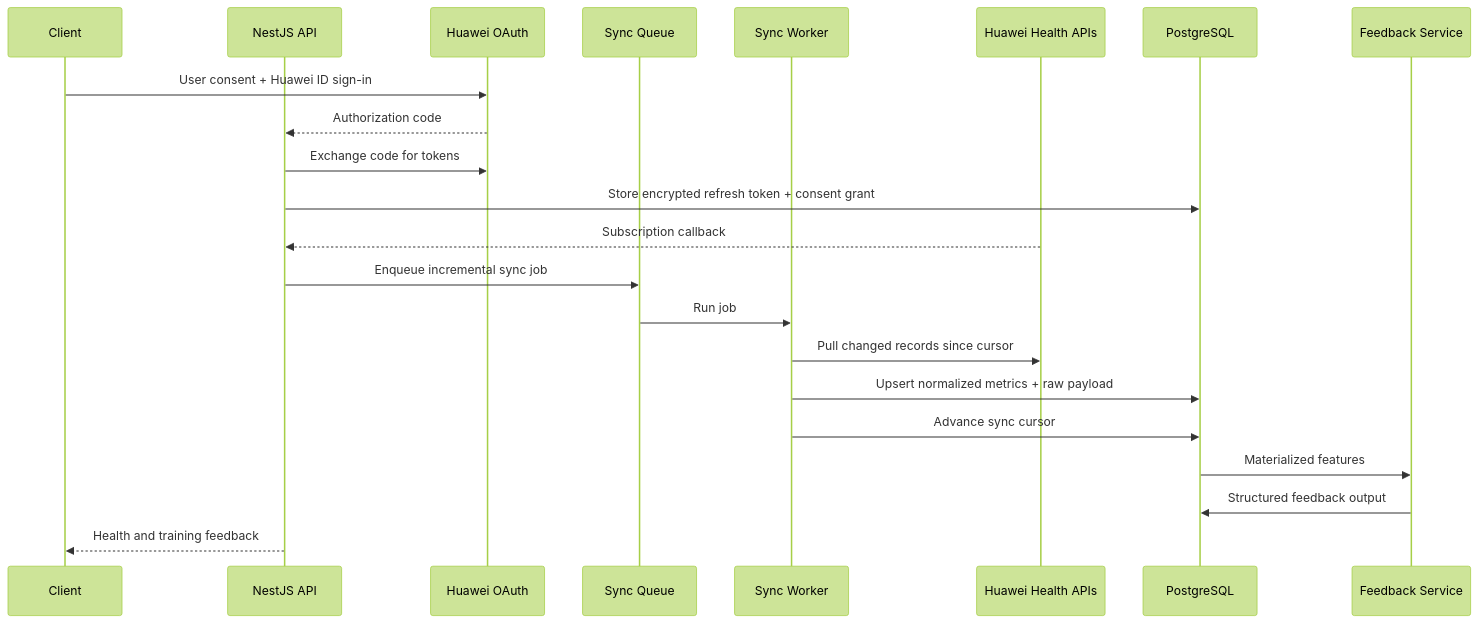
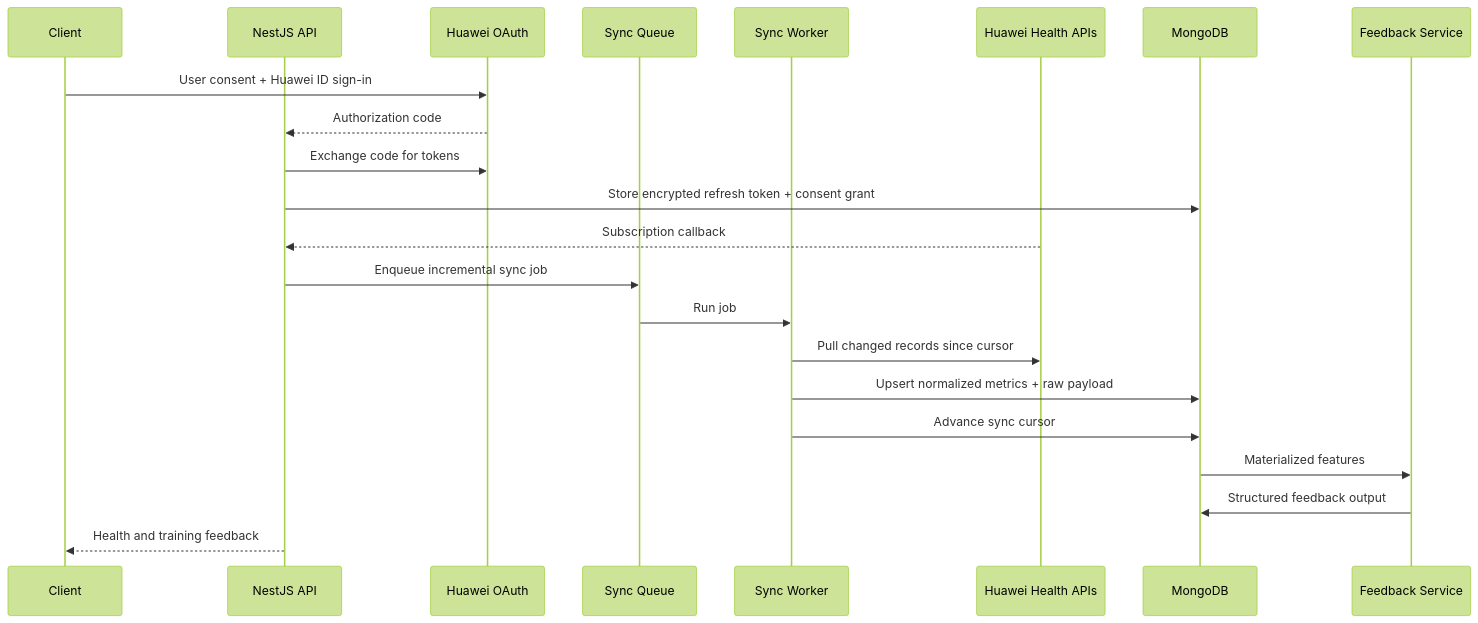
Before and after one commit to Alkons/huawei-health-ai-backend: the second of 2 diagrams in product/spec.md, drawn with Mermaid (forest theme). The commit also changed other lines of this file and 22 other files, not shown here.

````diff
--- a/product/spec.md
+++ b/product/spec.md
@@ -168,26 +167,26 @@
 ```mermaid
 sequenceDiagram
   participant Client as Client
   participant API as NestJS API
   participant Auth as Huawei OAuth
   participant Queue as Sync Queue
   participant Worker as Sync Worker
   participant Huawei as Huawei Health APIs
-  participant DB as PostgreSQL
+  participant DB as MongoDB
   participant AI as Feedback Service
 
   Client->>Auth: User consent + Huawei ID sign-in
   Auth-->>API: Authorization code
   API->>Auth: Exchange code for tokens
   API->>DB: Store encrypted refresh token + consent grant
 
   Huawei-->>API: Subscription callback
   API->>Queue: Enqueue incremental sync job
   Queue->>Worker: Run job
   Worker->>Huawei: Pull changed records since cursor
   Worker->>DB: Upsert normalized metrics + raw payload
   Worker->>DB: Advance sync cursor
   DB->>AI: Materialized features
   AI->>DB: Structured feedback output
   API-->>Client: Health and training feedback
 ```
````
